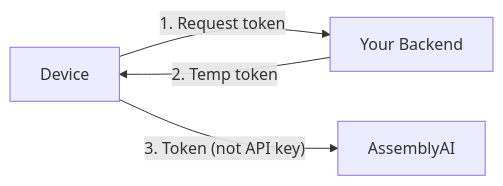
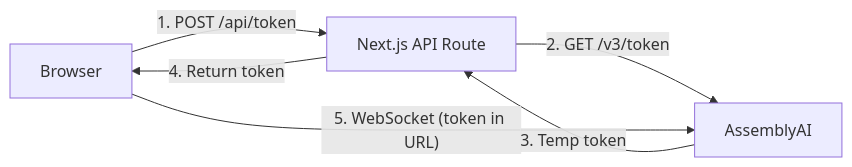
One commit to fjkiani/assembly-ai-assignment changed the second of 3 diagrams in itranslate_demo/approach_document.md. Above: the diagram before and after it, drawn with Mermaid. The commit also changed other lines of this file and 8 other files, not shown here.

````diff
--- a/itranslate_demo/approach_document.md
+++ b/itranslate_demo/approach_document.md
@@ -138,6 +155,8 @@
 ```mermaid
 flowchart LR
-    Device["Device"] -->|"1. Request token"| Backend["Your Backend"]
-    Backend -->|"2. Temp token"| Device
-    Device -->|"3. Token (not API key)"| AAI["AssemblyAI"]
+    Browser["Browser"] -->|"1. POST /api/token"| Backend["Next.js API Route"]
+    Backend -->|"2. GET /v3/token"| AAI["AssemblyAI"]
+    AAI -->|"3. Temp token"| Backend
+    Backend -->|"4. Return token"| Browser
+    Browser -->|"5. WebSocket (token in URL)"| AAI
 ```
````
